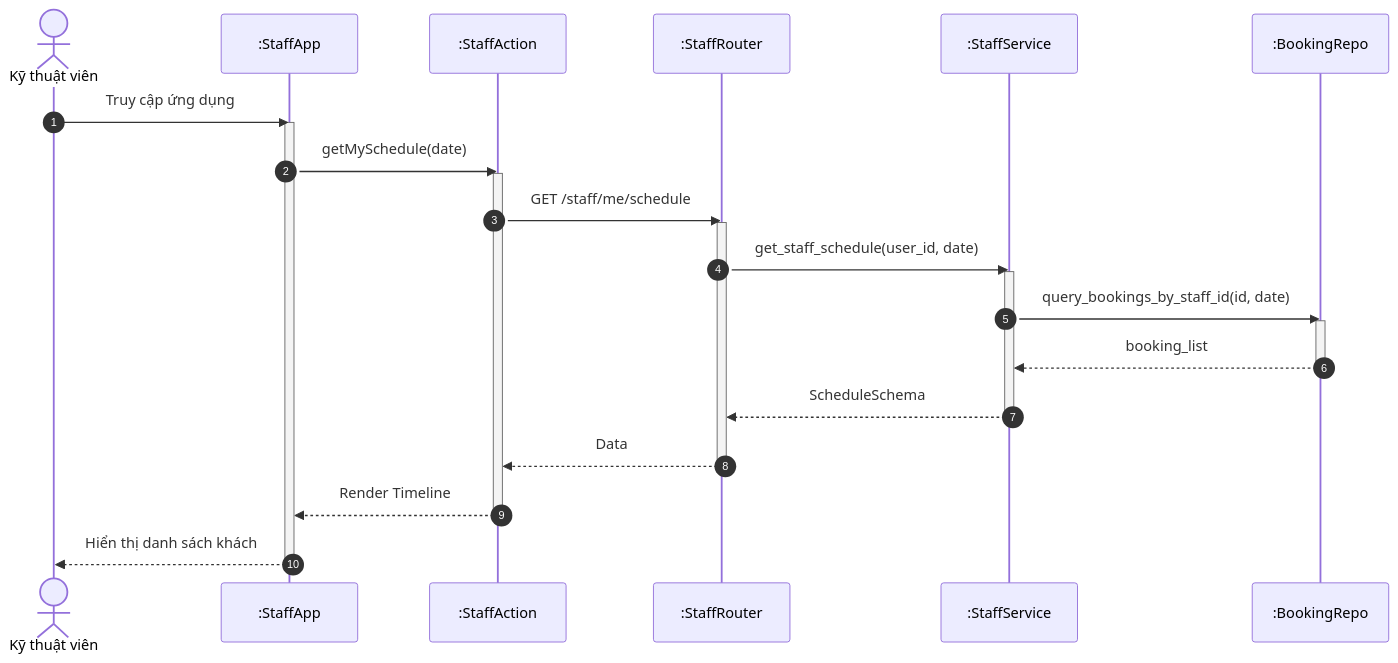
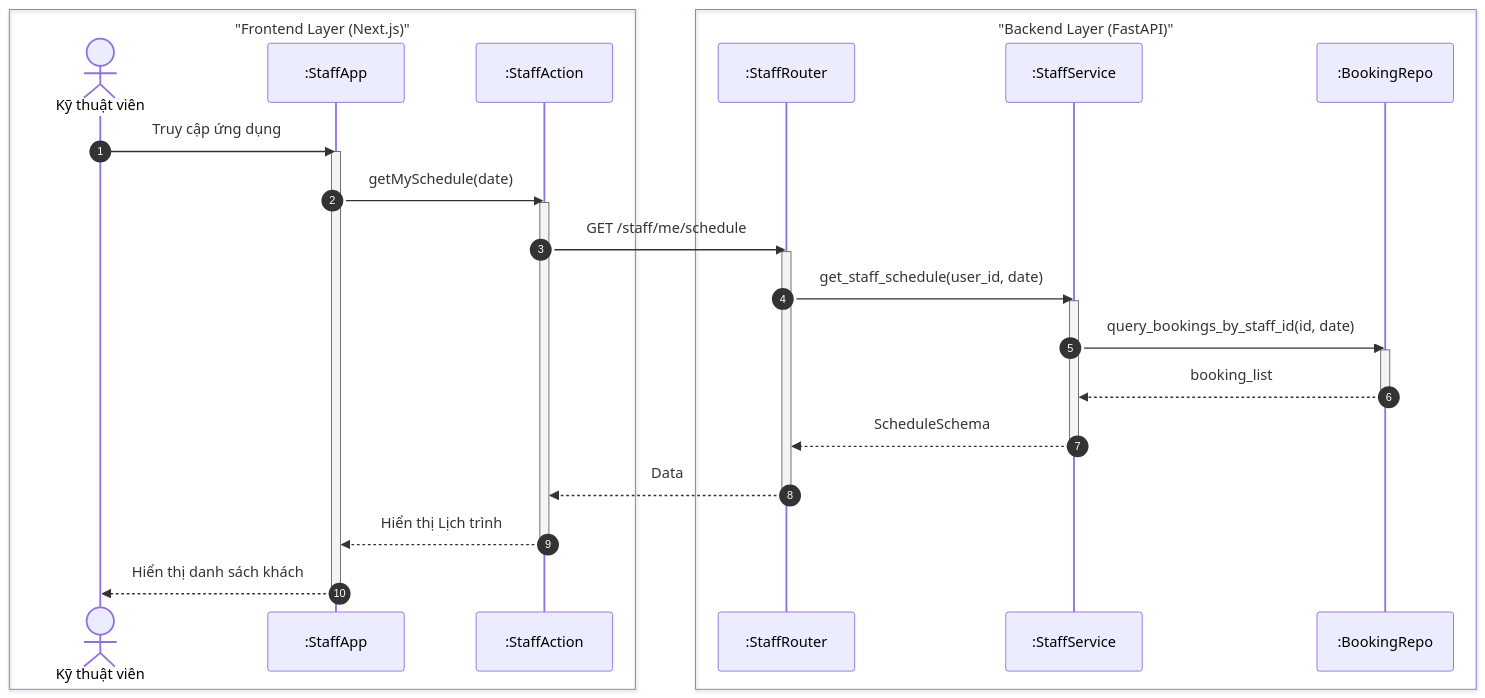
One commit to ngoctinn/Synapse changed the first of 2 diagrams in docs/design/sequences/technician_flows.md. Above: the diagram before and after it, drawn with Mermaid. The commit also changed other lines of this file and 4 other files, not shown here.

Commit message:
docs: Add initial sequence diagrams for authentication, customer, technician, receptionist, and admin flows.

````diff
--- a/docs/design/sequences/technician_flows.md
+++ b/docs/design/sequences/technician_flows.md
@@ -28,38 +28,43 @@
 ```mermaid
 sequenceDiagram
     autonumber
-    actor KTV as Kỹ thuật viên
-    participant UI as :StaffApp
-    participant BFF as :StaffAction
-    participant API as :StaffRouter
-    participant S as :StaffService
-    participant DB as :BookingRepo
+    box "Frontend Layer (Next.js)"
+        actor KTV as Kỹ thuật viên
+        participant UI as :StaffApp
+        participant BFF as :StaffAction
+    end
+
+    box "Backend Layer (FastAPI)"
+        participant API as :StaffRouter
+        participant S as :StaffService
+        participant DB as :BookingRepo
+    end
 
     KTV->>UI: Truy cập ứng dụng
     activate UI
     UI->>BFF: getMySchedule(date)
     activate BFF
 
     BFF->>API: GET /staff/me/schedule
     activate API
 
     API->>S: get_staff_schedule(user_id, date)
     activate S
 
     S->>DB: query_bookings_by_staff_id(id, date)
     activate DB
     DB-->>S: booking_list
     deactivate DB
 
     S-->>API: ScheduleSchema
     deactivate S
 
     API-->>BFF: Data
     deactivate API
 
-    BFF-->>UI: Render Timeline
+    BFF-->>UI: Hiển thị Lịch trình
     deactivate BFF
 
     UI-->>KTV: Hiển thị danh sách khách
     deactivate UI
 ```
````
